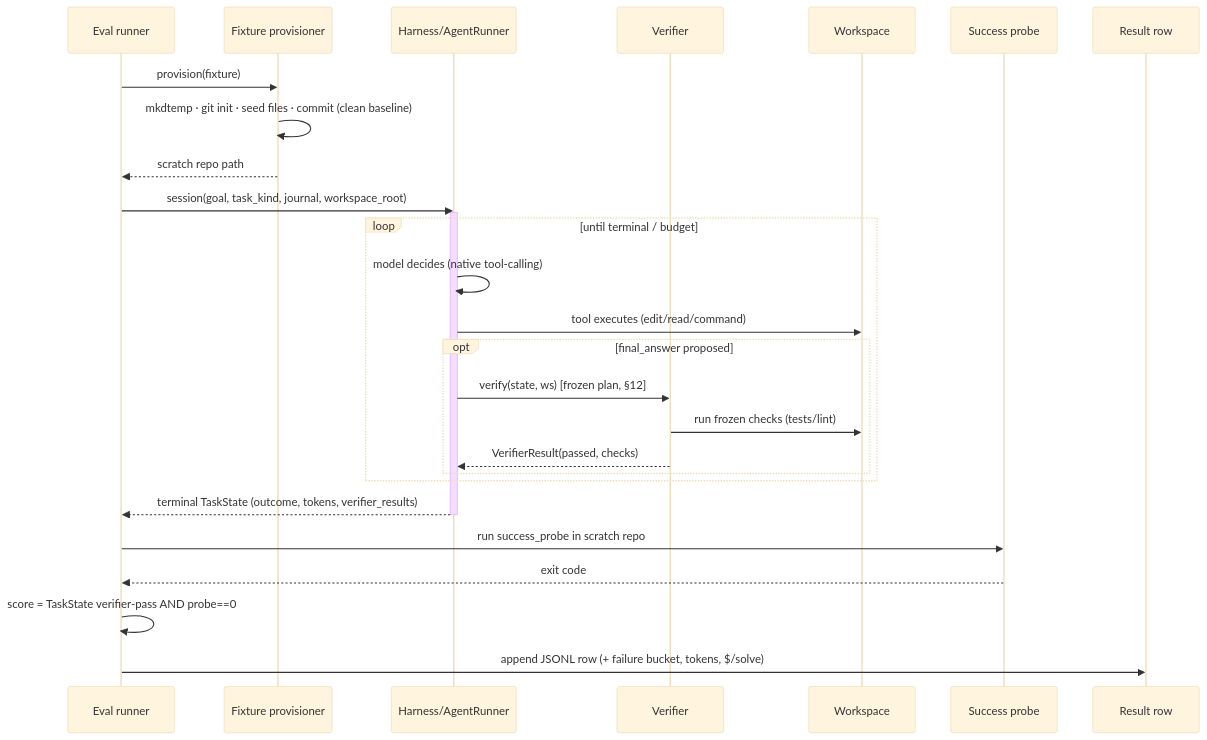
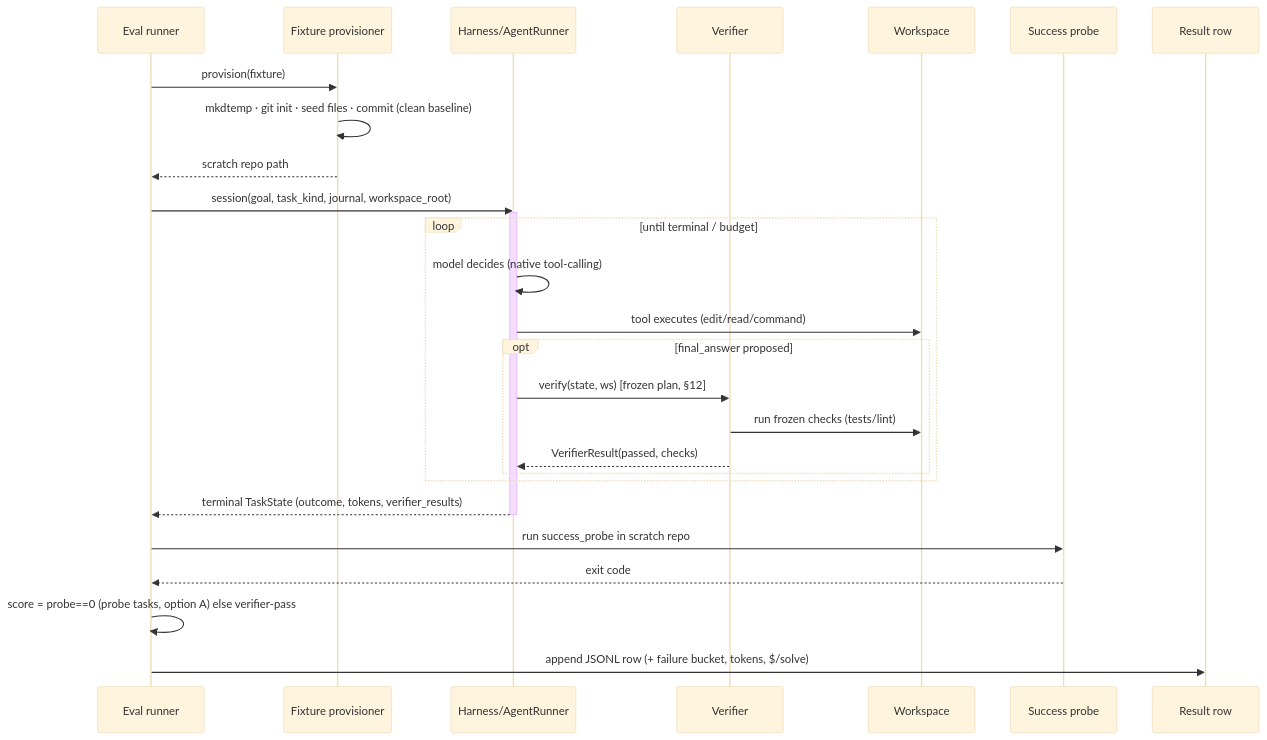
The second of 5 diagrams in docs/eval-harness-design.md (codexceed/avatar-harness), drawn with Mermaid (base theme) before and after one commit. The commit also changed other lines of this file and 9 other files, not shown here.

````diff
--- a/docs/eval-harness-design.md
+++ b/docs/eval-harness-design.md
@@ -101,31 +101,31 @@
 ```mermaid
 sequenceDiagram
     participant R as Eval runner
     participant P as Fixture provisioner
     participant H as Harness/AgentRunner
     participant V as Verifier
     participant W as Workspace
     participant Pr as Success probe
     participant Out as Result row
 
     R->>P: provision(fixture)
     P->>P: mkdtemp · git init · seed files · commit (clean baseline)
     P-->>R: scratch repo path
     R->>H: session(goal, task_kind, journal, workspace_root)
     activate H
     loop until terminal / budget
         H->>H: model decides (native tool-calling)
         H->>W: tool executes (edit/read/command)
         opt final_answer proposed
             H->>V: verify(state, ws)  [frozen plan, §12]
             V->>W: run frozen checks (tests/lint)
             V-->>H: VerifierResult(passed, checks)
         end
     end
     H-->>R: terminal TaskState (outcome, tokens, verifier_results)
     deactivate H
     R->>Pr: run success_probe in scratch repo
     Pr-->>R: exit code
-    R->>R: score = TaskState verifier-pass AND probe==0
+    R->>R: score = probe==0 (probe tasks, option A) else verifier-pass
     R->>Out: append JSONL row (+ failure bucket, tokens, $/solve)
 ```
````
